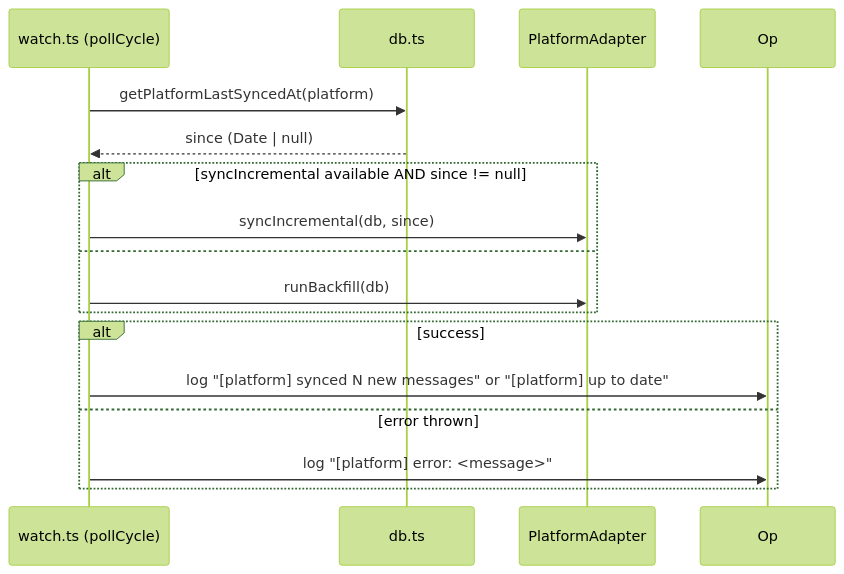
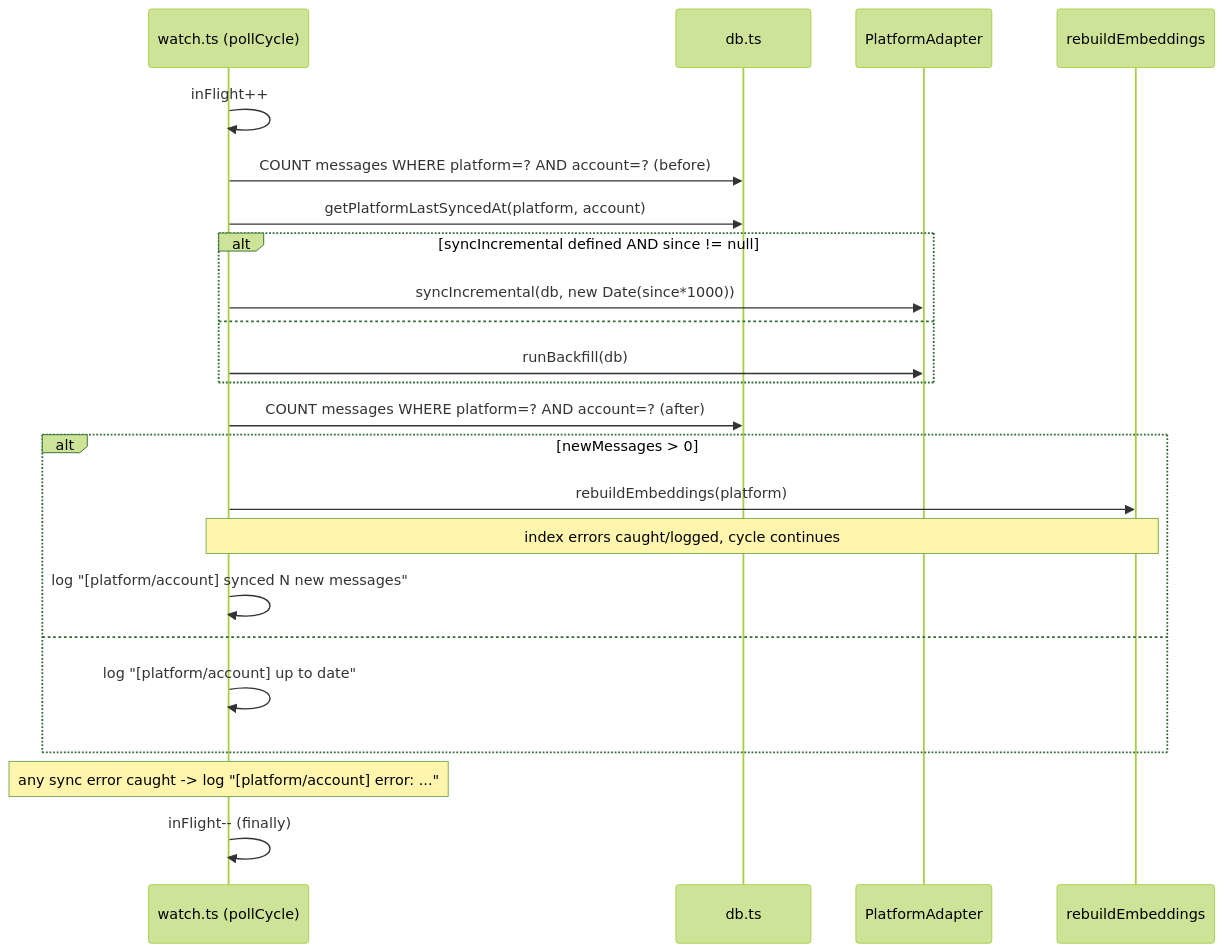
The third of 4 diagrams in .kiro/specs/sync-watcher/design.md (yanicklandry/khipuchat), drawn with Mermaid (forest theme) before and after one commit. The commit also changed other lines of this file and 4 other files, not shown here.

````diff
--- a/.kiro/specs/sync-watcher/design.md
+++ b/.kiro/specs/sync-watcher/design.md
@@ -153,19 +190,26 @@
 ```mermaid
 sequenceDiagram
     participant W as watch.ts (pollCycle)
     participant DB as db.ts
     participant A as PlatformAdapter
+    participant IX as rebuildEmbeddings
 
-    W->>DB: getPlatformLastSyncedAt(platform)
-    DB-->>W: since (Date | null)
-    alt syncIncremental available AND since != null
-        W->>A: syncIncremental(db, since)
+    W->>W: inFlight++
+    W->>DB: COUNT messages WHERE platform=? AND account=?  (before)
+    W->>DB: getPlatformLastSyncedAt(platform, account)
+    alt syncIncremental defined AND since != null
+        W->>A: syncIncremental(db, new Date(since*1000))
     else
         W->>A: runBackfill(db)
     end
-    alt success
-        W->>Op: log "[platform] synced N new messages" or "[platform] up to date"
-    else error thrown
-        W->>Op: log "[platform] error: <message>"
+    W->>DB: COUNT messages WHERE platform=? AND account=?  (after)
+    alt newMessages > 0
+        W->>IX: rebuildEmbeddings(platform)
+        note over W,IX: index errors caught/logged, cycle continues
+        W->>W: log "[platform/account] synced N new messages"
+    else
+        W->>W: log "[platform/account] up to date"
     end
+    note over W: any sync error caught -> log "[platform/account] error: ..."
+    W->>W: inFlight-- (finally)
 ```
````
